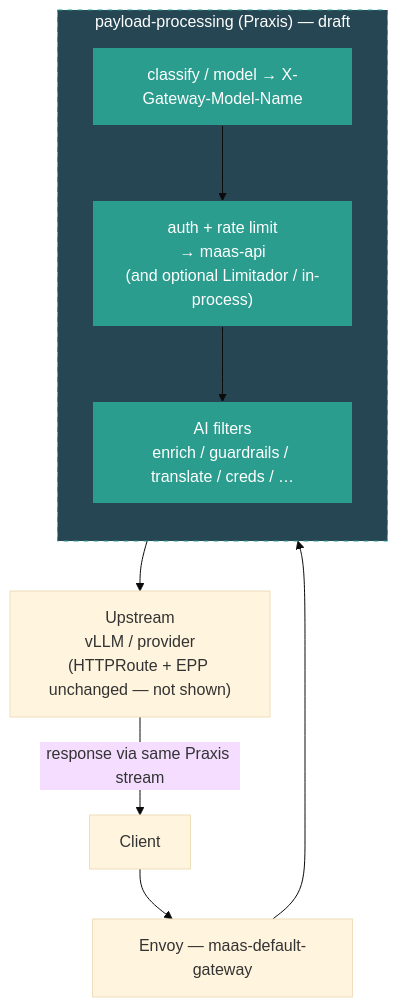
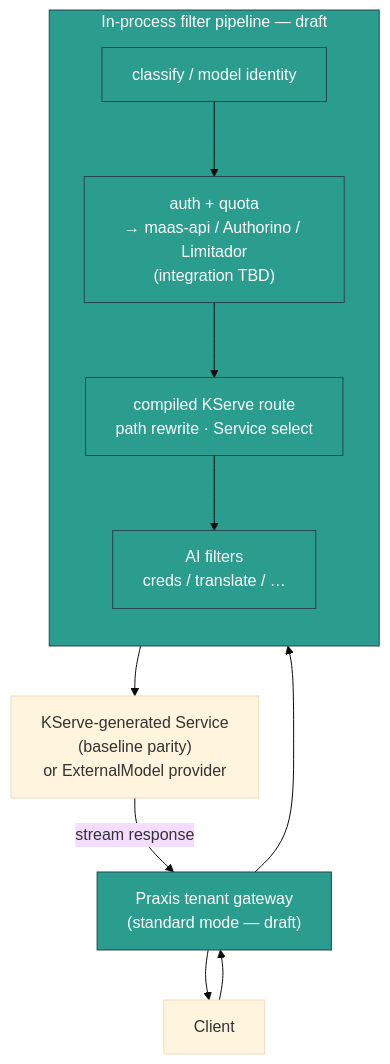
One commit to jland-redhat/ai-gateway-controller changed the third of 3 diagrams in docs/praxis-dataplane-evolution.md. Above: the diagram before and after it, drawn with Mermaid (base theme). The commit also changed other lines of this file, not shown here.

First line of the commit message:
docs: incorporate Gateway vs standard-mode dataplane notes

````diff
--- a/docs/praxis-dataplane-evolution.md
+++ b/docs/praxis-dataplane-evolution.md
@@ -114,23 +146,23 @@
 ```mermaid
 flowchart TB
   Client["Client"]
-  Envoy["Envoy — maas-default-gateway"]
+  Praxis["Praxis tenant gateway<br/>(standard mode — draft)"]
 
-  subgraph praxis ["payload-processing (Praxis) — draft"]
+  subgraph pipeline ["In-process filter pipeline — draft"]
     direction TB
-    A["classify / model → X-Gateway-Model-Name"]
-    B["auth + rate limit<br/>→ maas-api<br/>(and optional Limitador / in-process)"]
-    C["AI filters<br/>enrich / guardrails / translate / creds / …"]
-    A --> B --> C
+    A["classify / model identity"]
+    B["auth + quota<br/>→ maas-api / Authorino / Limitador<br/>(integration TBD)"]
+    C["compiled KServe route<br/>path rewrite · Service select"]
+    D["AI filters<br/>creds / translate / …"]
+    A --> B --> C --> D
   end
 
-  Upstream["Upstream<br/>vLLM / provider<br/>(HTTPRoute + EPP unchanged — not shown)"]
+  Upstream["KServe-generated Service<br/>(baseline parity)<br/>or ExternalModel provider"]
 
-  Client --> Envoy --> praxis --> Upstream
-  Upstream -->|"response via same Praxis stream"| Client
+  Client --> Praxis --> pipeline --> Upstream
+  Upstream -->|"stream response"| Praxis
+  Praxis --> Client
 
   classDef praxis fill:#2a9d8f,stroke:#264653,color:#ffffff
-  classDef draft fill:#264653,stroke:#2a9d8f,color:#ffffff,stroke-dasharray: 5 5
-  class praxis,A,B,C praxis
-  class praxis draft
+  class Praxis,A,B,C,D,pipeline praxis
 ```
````
